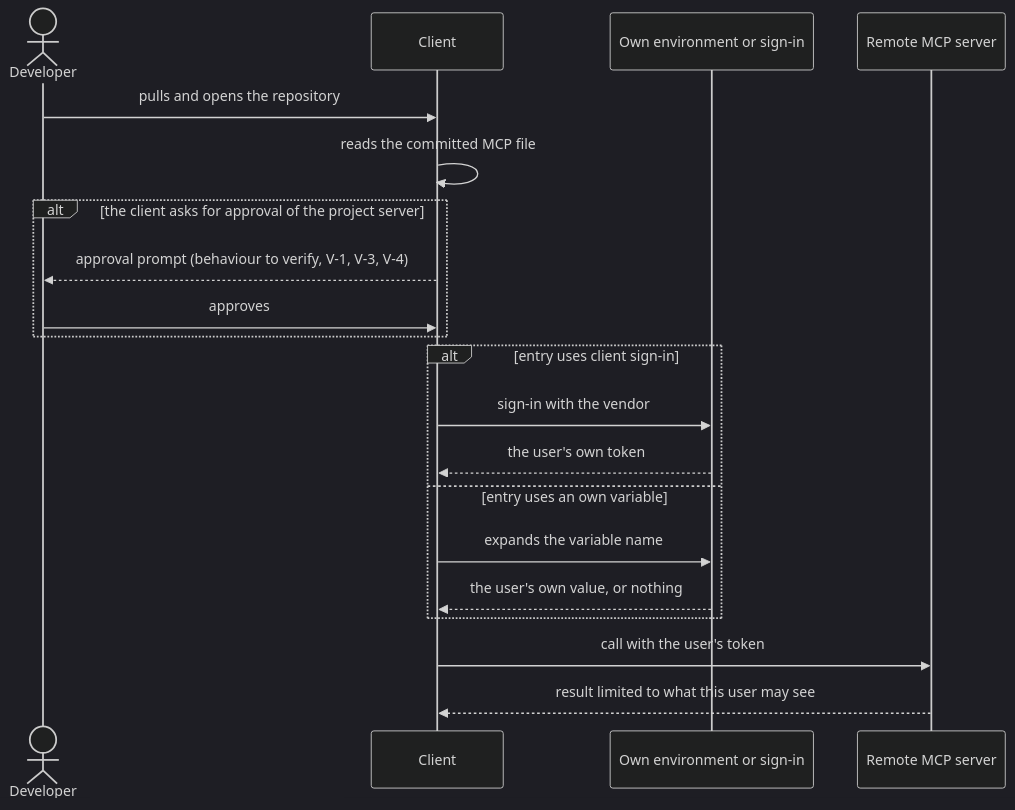
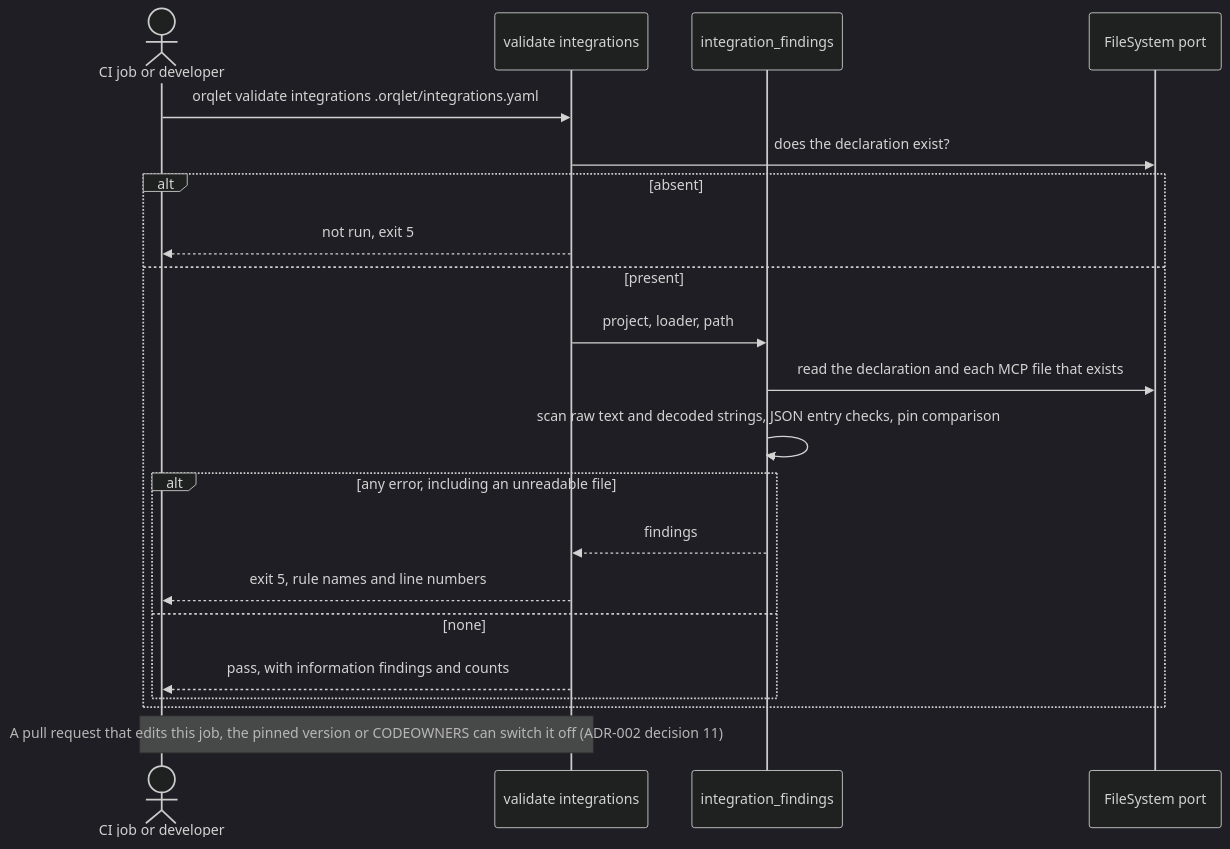
Before and after one commit to tmishari/orqlet: the second of 4 diagrams in docs/design/mcp-or-plugins/design/sequence.md, drawn with Mermaid (dark theme). The commit also changed other lines of this file and 12 other files, not shown here.

````diff
--- a/docs/design/mcp-or-plugins/design/sequence.md
+++ b/docs/design/mcp-or-plugins/design/sequence.md
@@ -35,22 +48,23 @@
 ```mermaid
 sequenceDiagram
-  actor D as Developer
-  participant C as Client
-  participant E as Own environment or sign-in
-  participant S as Remote MCP server
-  D->>C: pulls and opens the repository
-  C->>C: reads the committed MCP file
-  alt the client asks for approval of the project server
-    C-->>D: approval prompt (behaviour to verify, V-1, V-3, V-4)
-    D->>C: approves
+  actor CI as CI job or developer
+  participant Cmd as validate integrations
+  participant UC as integration_findings
+  participant FS as FileSystem port
+  CI->>Cmd: orqlet validate integrations .orqlet/integrations.yaml
+  Cmd->>FS: does the declaration exist?
+  alt absent
+    Cmd-->>CI: not run, exit 5
+  else present
+    Cmd->>UC: project, loader, path
+    UC->>FS: read the declaration and each MCP file that exists
+    UC->>UC: scan raw text and decoded strings, JSON entry checks, pin comparison
+    alt any error, including an unreadable file
+      UC-->>Cmd: findings
+      Cmd-->>CI: exit 5, rule names and line numbers
+    else none
+      Cmd-->>CI: pass, with information findings and counts
+    end
   end
-  alt entry uses client sign-in
-    C->>E: sign-in with the vendor
-    E-->>C: the user's own token
-  else entry uses an own variable
-    C->>E: expands the variable name
-    E-->>C: the user's own value, or nothing
-  end
-  C->>S: call with the user's token
-  S-->>C: result limited to what this user may see
+  Note over CI,Cmd: A pull request that edits this job, the pinned version or CODEOWNERS can switch it off (ADR-002 decision 11)
 ```
````
